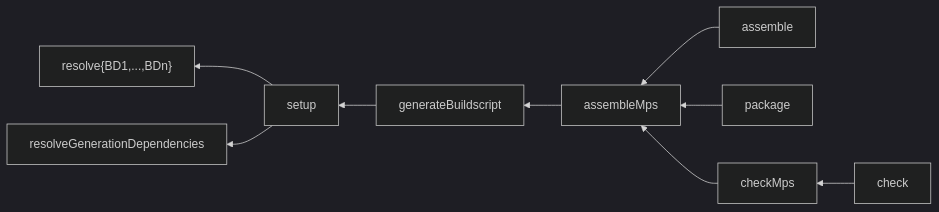
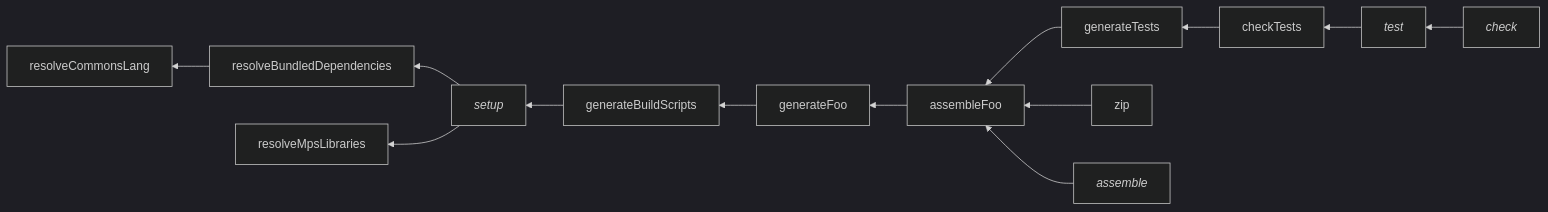
Before and after one commit to specificlanguages/mps-gradle-plugin: the diagram in subprojects/mps-gradle-plugin/README.md, drawn with Mermaid (dark theme). The commit also changed other lines of this file and 4 other files, not shown here.

````diff
--- a/subprojects/mps-gradle-plugin/README.md
+++ b/subprojects/mps-gradle-plugin/README.md
@@ -194,15 +248,15 @@
 ```mermaid
 flowchart RL
-  setup --> resolveBundledDependencies["resolve{BD1,...,BDn}"]
-  setup --> resolveGenerationDependencies
-  
-  assemble --> assembleMps
-  package --> assembleMps
-  
-  checkMps --> assembleMps
-  check --> checkMps
-  
-  assembleMps --> generateBuildscript
-  generateBuildscript --> setup
-  
+    setup["`_setup_`"] --> resolveBundledDependencies
+    resolveBundledDependencies --> resolveCommonsLang
+    setup --> resolveMpsLibraries
+    generateBuildScripts --> setup
+    generateFoo --> generateBuildScripts
+    assembleFoo --> generateFoo
+    generateTests --> assembleFoo
+    checkTests --> generateTests
+    zip --> assembleFoo
+    assemble["`_assemble_`"] --> assembleFoo
+    test["`_test_`"] --> checkTests
+    check["`_check_`"] --> test
 ```
````
